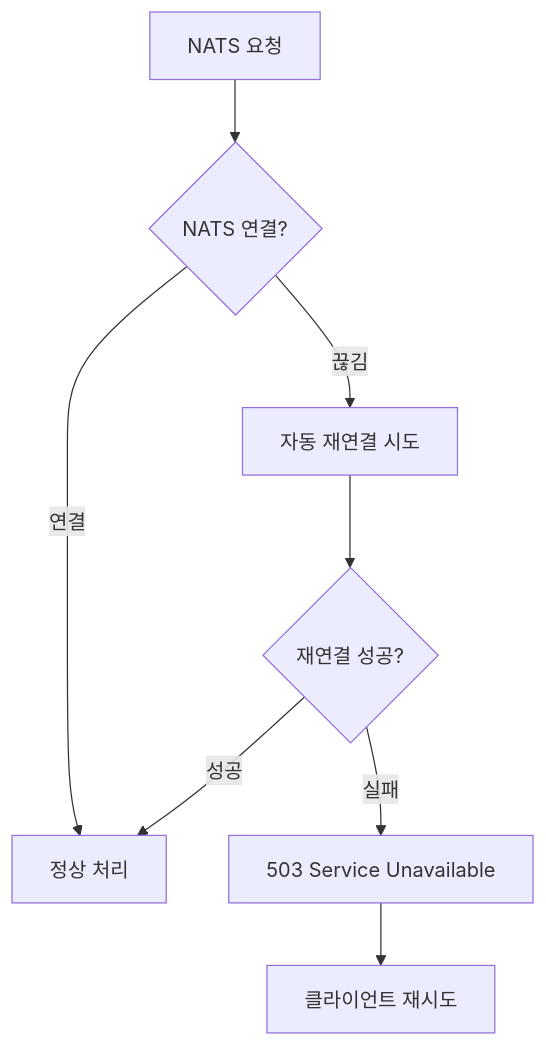
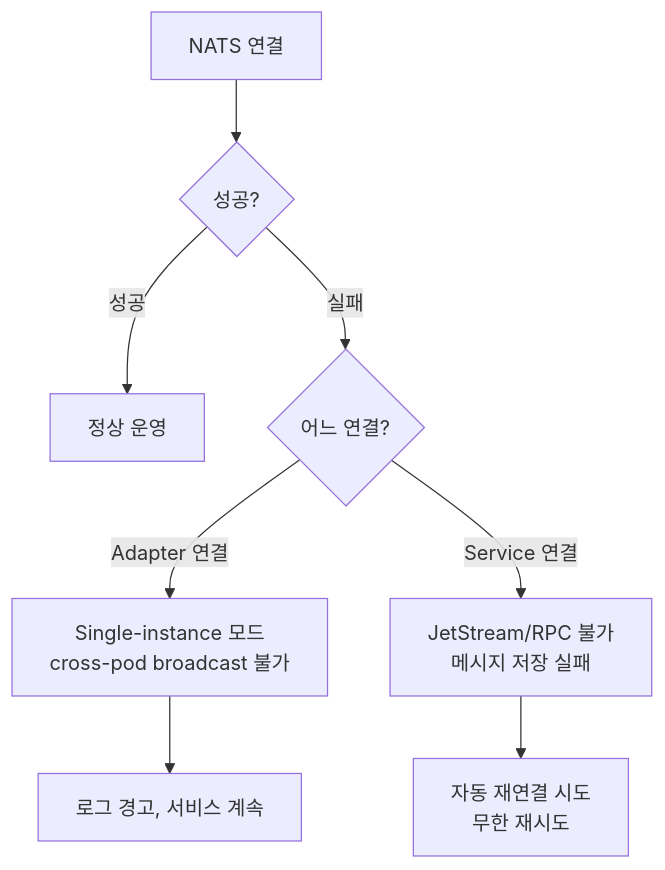
Before and after one commit to uniyous/parkgolf-platform: diagram 27 of 28 in docs/CHAT_WORKFLOW.md, drawn with Mermaid. The commit also changed other lines of this file, not shown here.

````diff
--- a/docs/CHAT_WORKFLOW.md
+++ b/docs/CHAT_WORKFLOW.md
@@ -799,12 +954,12 @@
 ```mermaid
 flowchart TD
-    A[NATS 요청] --> B{NATS 연결?}
-    B -->|연결| C[정상 처리]
-    B -->|끊김| D[자동 재연결 시도]
+    A[NATS 연결] --> B{성공?}
+    B -->|성공| C[정상 운영]
+    B -->|실패| D{어느 연결?}
 
-    D --> E{재연결 성공?}
-    E -->|성공| C
-    E -->|실패| F[503 Service Unavailable]
+    D -->|Adapter 연결| E[Single-instance 모드<br/>cross-pod broadcast 불가]
+    D -->|Service 연결| F[JetStream/RPC 불가<br/>메시지 저장 실패]
 
-    F --> G[클라이언트 재시도]
+    E --> G[로그 경고, 서비스 계속]
+    F --> H[자동 재연결 시도<br/>무한 재시도]
 ```
````
